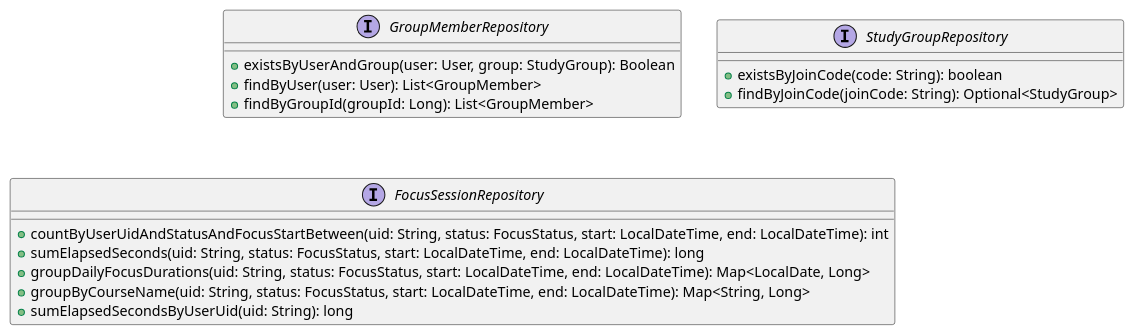
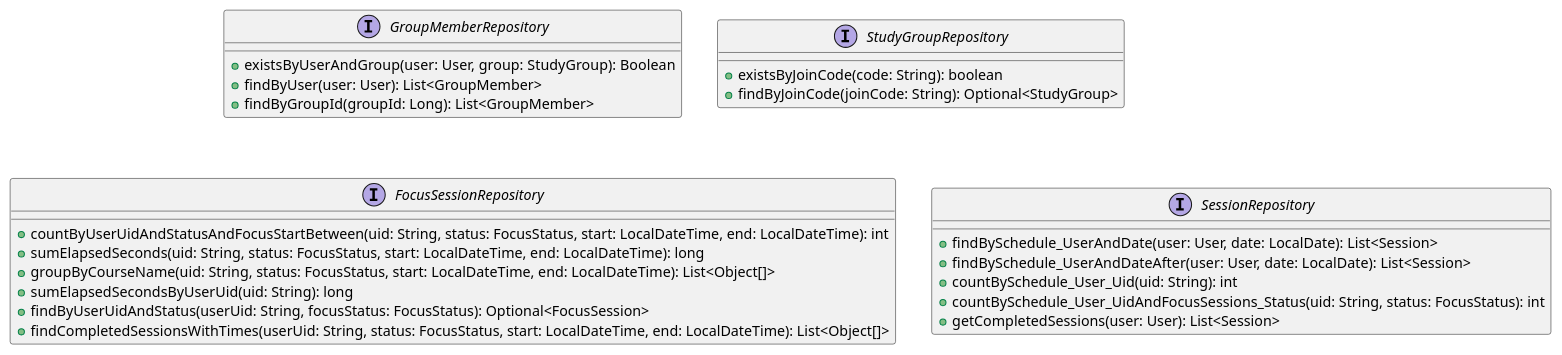
The diagram in p2/repository.puml (keerati5003/PlanMate-Diagram), drawn with PlantUML before and after one commit. The commit also changed 7 other files, not shown here.

Commit message:
update diagram

```diff
--- a/p2/repository.puml
+++ b/p2/repository.puml
@@ -1,22 +1,31 @@
 @startuml
 
 interface GroupMemberRepository {
     +existsByUserAndGroup(user: User, group: StudyGroup): Boolean
     +findByUser(user: User): List<GroupMember>
     +findByGroupId(groupId: Long): List<GroupMember>
 }
 
 interface StudyGroupRepository {
     +existsByJoinCode(code: String): boolean
     +findByJoinCode(joinCode: String): Optional<StudyGroup>
 }
 
 interface FocusSessionRepository {
     +countByUserUidAndStatusAndFocusStartBetween(uid: String, status: FocusStatus, start: LocalDateTime, end: LocalDateTime): int
     +sumElapsedSeconds(uid: String, status: FocusStatus, start: LocalDateTime, end: LocalDateTime): long
-    +groupDailyFocusDurations(uid: String, status: FocusStatus, start: LocalDateTime, end: LocalDateTime): Map<LocalDate, Long>
-    +groupByCourseName(uid: String, status: FocusStatus, start: LocalDateTime, end: LocalDateTime): Map<String, Long>
+    +groupByCourseName(uid: String, status: FocusStatus, start: LocalDateTime, end: LocalDateTime): List<Object[]>
     +sumElapsedSecondsByUserUid(uid: String): long
+    +findByUserUidAndStatus(userUid: String, focusStatus: FocusStatus): Optional<FocusSession>
+    +findCompletedSessionsWithTimes(userUid: String, status: FocusStatus, start: LocalDateTime, end: LocalDateTime): List<Object[]>
+}
+
+interface SessionRepository {
+    +findBySchedule_UserAndDate(user: User, date: LocalDate): List<Session>
+    +findBySchedule_UserAndDateAfter(user: User, date: LocalDate): List<Session>
+    +countBySchedule_User_Uid(uid: String): int
+    +countBySchedule_User_UidAndFocusSessions_Status(uid: String, status: FocusStatus): int
+    +getCompletedSessions(user: User): List<Session>
 }
 
 @enduml
```
